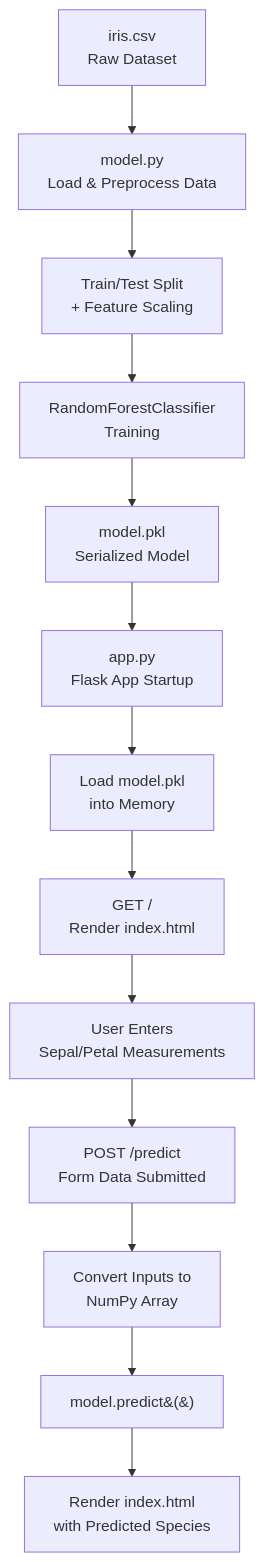
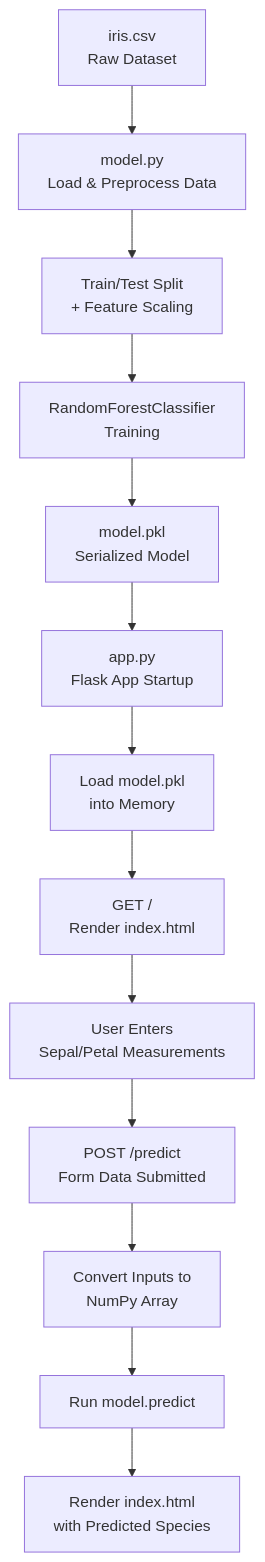
The diagram in README.md (Yaseen-2004/ML-Model-Deployment-using-Flask), drawn with Mermaid before and after one commit.

Commit message:
Fix formatting issues in README.md

````diff
--- a/README.md
+++ b/README.md
@@ -45,16 +45,16 @@
 ```mermaid
 flowchart TD
-    A[iris.csv<br/>Raw Dataset] --> B[model.py<br/>Load & Preprocess Data]
+    A[iris.csv<br/>Raw Dataset] --> B["model.py<br/>Load & Preprocess Data"]
     B --> C[Train/Test Split<br/>+ Feature Scaling]
     C --> D[RandomForestClassifier<br/>Training]
     D --> E[model.pkl<br/>Serialized Model]
 
     E --> F[app.py<br/>Flask App Startup]
     F --> G[Load model.pkl<br/>into Memory]
     G --> H["GET / <br/>Render index.html"]
     H --> I[User Enters<br/>Sepal/Petal Measurements]
     I --> J["POST /predict<br/>Form Data Submitted"]
     J --> K[Convert Inputs to<br/>NumPy Array]
-    K --> L[model.predict&#40;&#41;]
+    K --> L["Run model.predict"]
     L --> M[Render index.html<br/>with Predicted Species]
 ```
````
